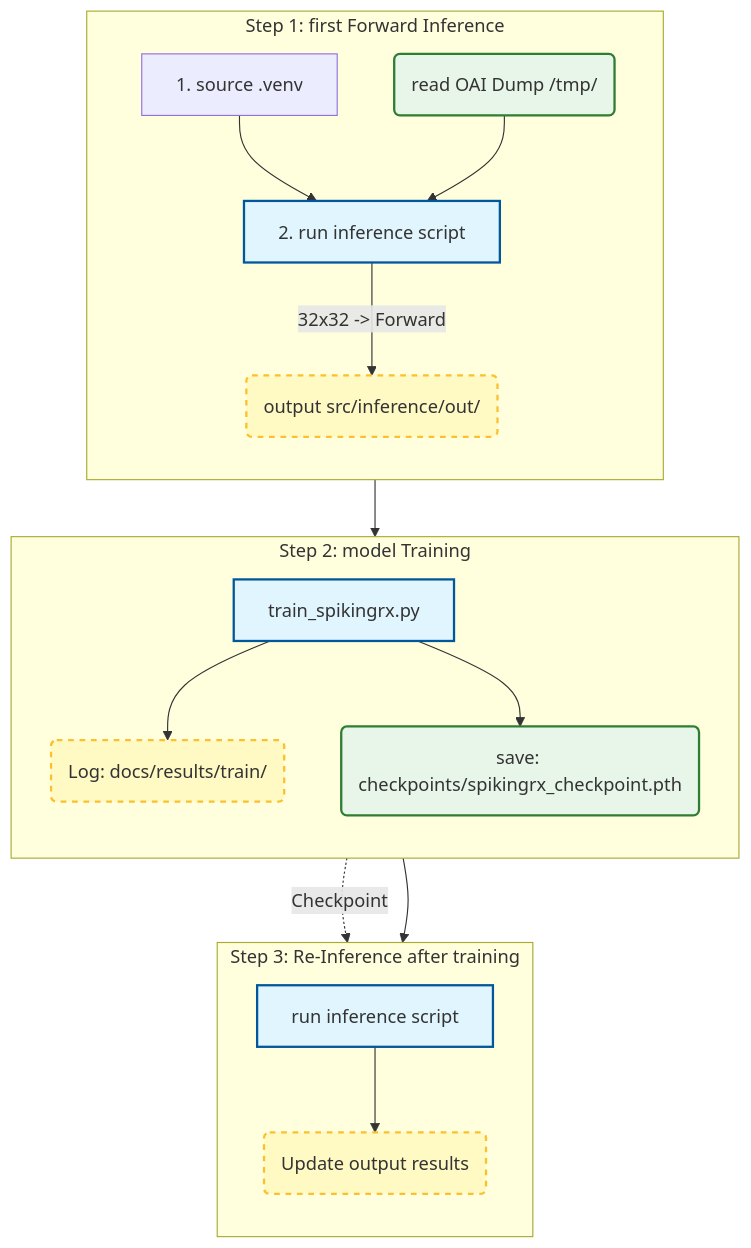
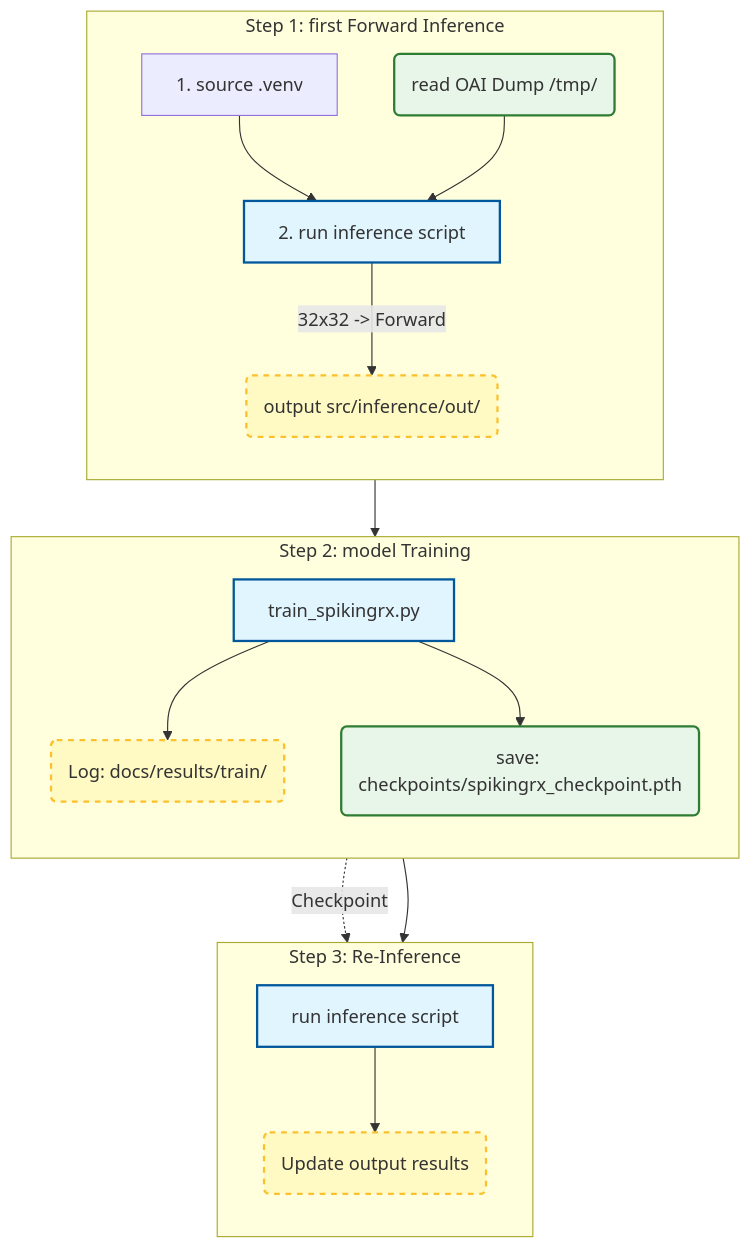
The diagram in spiking.md (Karlyoo/intern), drawn with Mermaid before and after one commit.

````diff
--- a/spiking.md
+++ b/spiking.md
@@ -81,49 +81,49 @@
 ```mermaid
 graph TD
     %% 定義樣式
     classDef script fill:#e1f5fe,stroke:#01579b,stroke-width:2px;
     classDef file fill:#fff9c4,stroke:#fbc02d,stroke-width:2px,stroke-dasharray: 5 5;
     classDef data fill:#e8f5e9,stroke:#2e7d32,stroke-width:2px;
 
     subgraph Step_1 [Step 1: first Forward Inference]
         direction TB
         1_Env[1.  source .venv]
         1_Run[2. run inference script]:::script
         1_Input(read OAI Dump /tmp/):::data
         1_Out(output src/inference/out/):::file
         
         1_Env --> 1_Run
         1_Input --> 1_Run
         1_Run -->|" 32x32 -> Forward"| 1_Out
     end
 
     subgraph Step_2 [Step 2: model Training]
         direction TB
         2_Run[ train_spikingrx.py]:::script
         2_Log( Log: docs/results/train/):::file
         2_Ckpt(save: checkpoints/spikingrx_checkpoint.pth):::data
 
         2_Run --> 2_Log
         2_Run --> 2_Ckpt
     end
 
-    subgraph Step_3 [Step 3: Re-Inference after training]
+    subgraph Step_3 [Step 3: Re-Inference ]
         direction TB
         3_Run[run inference script]:::script
         3_Out(Update output results):::file
 
         3_Run --> 3_Out
     end
 
     %% 流程連接
     Step_1 --> Step_2
     Step_2 --> Step_3
 
     %% 關鍵數據流：訓練好的權重被 G 步驟讀取
     2_Ckpt -.->|" Checkpoint"| 3_Run
 
     %% 引用標註
     %% Step 1 [cite: 34-39]
     %% Step 2 [cite: 45-53]
     %% Step 3 [cite: 54-57]
 ```
````
